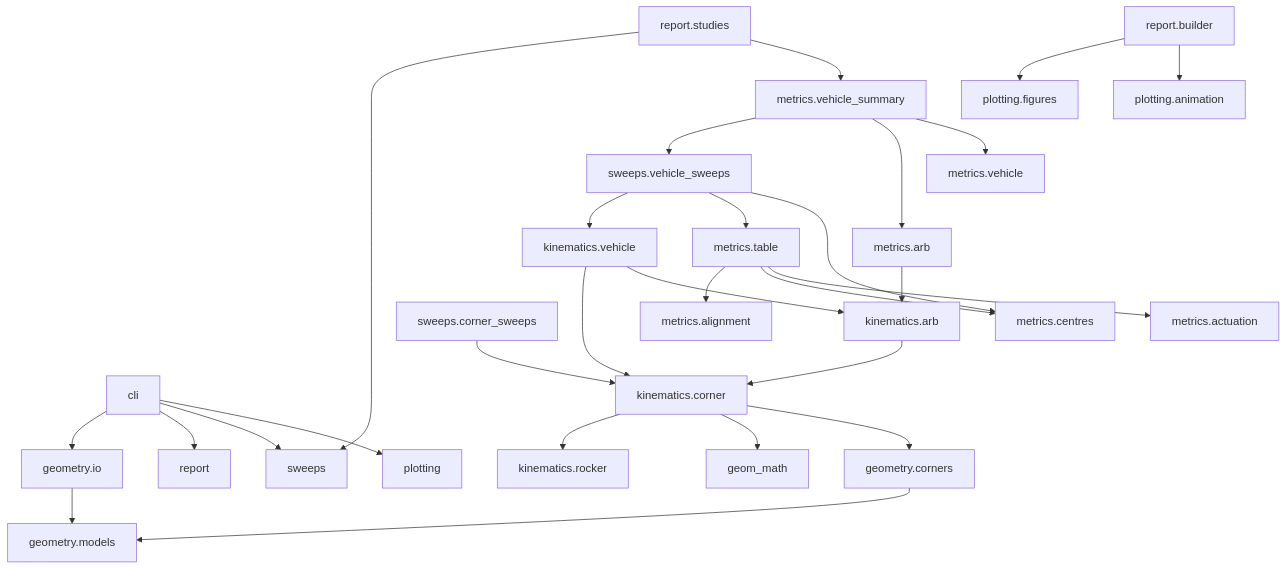
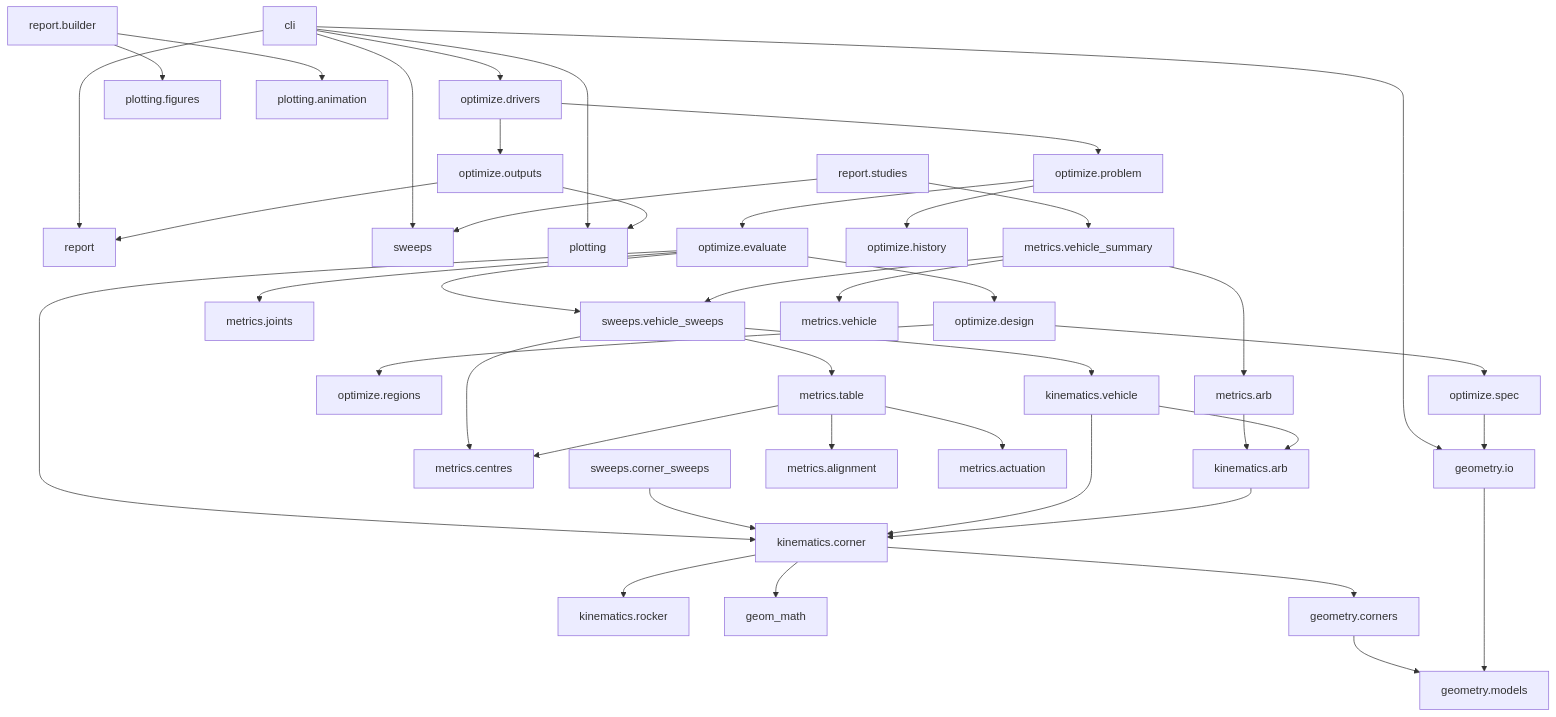
Before and after one commit to canc-gmy/suspkin: the second of 2 diagrams in docs/ARCHITECTURE.md, drawn with Mermaid. The commit also changed other lines of this file and 4 other files, not shown here.

First line of the commit message:
docs: refresh architecture for v0.7-v0.8; add one-shot setup scripts

````diff
--- a/docs/ARCHITECTURE.md
+++ b/docs/ARCHITECTURE.md
@@ -96,30 +107,44 @@
 ```mermaid
 flowchart TD
     cli --> geometry.io
     cli --> report
     cli --> sweeps
     cli --> plotting
+    cli --> optimize.drivers
+    optimize.drivers --> optimize.problem
+    optimize.drivers --> optimize.outputs
+    optimize.problem --> optimize.evaluate
+    optimize.problem --> optimize.history
+    optimize.evaluate --> optimize.design
+    optimize.evaluate --> metrics.joints
+    optimize.evaluate --> sweeps.vehicle_sweeps
+    optimize.evaluate --> kinematics.corner
+    optimize.design --> optimize.spec
+    optimize.design --> optimize.regions
+    optimize.spec --> geometry.io
+    optimize.outputs --> report
+    optimize.outputs --> plotting
     report.studies --> sweeps
     report.studies --> metrics.vehicle_summary
     report.builder --> plotting.figures
     report.builder --> plotting.animation
     sweeps.vehicle_sweeps --> kinematics.vehicle
     sweeps.vehicle_sweeps --> metrics.table
     sweeps.vehicle_sweeps --> metrics.centres
     sweeps.corner_sweeps --> kinematics.corner
     metrics.vehicle_summary --> sweeps.vehicle_sweeps
     metrics.vehicle_summary --> metrics.arb
     metrics.vehicle_summary --> metrics.vehicle
     metrics.table --> metrics.alignment
     metrics.table --> metrics.centres
     metrics.table --> metrics.actuation
     metrics.arb --> kinematics.arb
     kinematics.vehicle --> kinematics.corner
     kinematics.vehicle --> kinematics.arb
     kinematics.arb --> kinematics.corner
     kinematics.corner --> kinematics.rocker
     kinematics.corner --> geom_math
     kinematics.corner --> geometry.corners
     geometry.corners --> geometry.models
     geometry.io --> geometry.models
 ```
````
